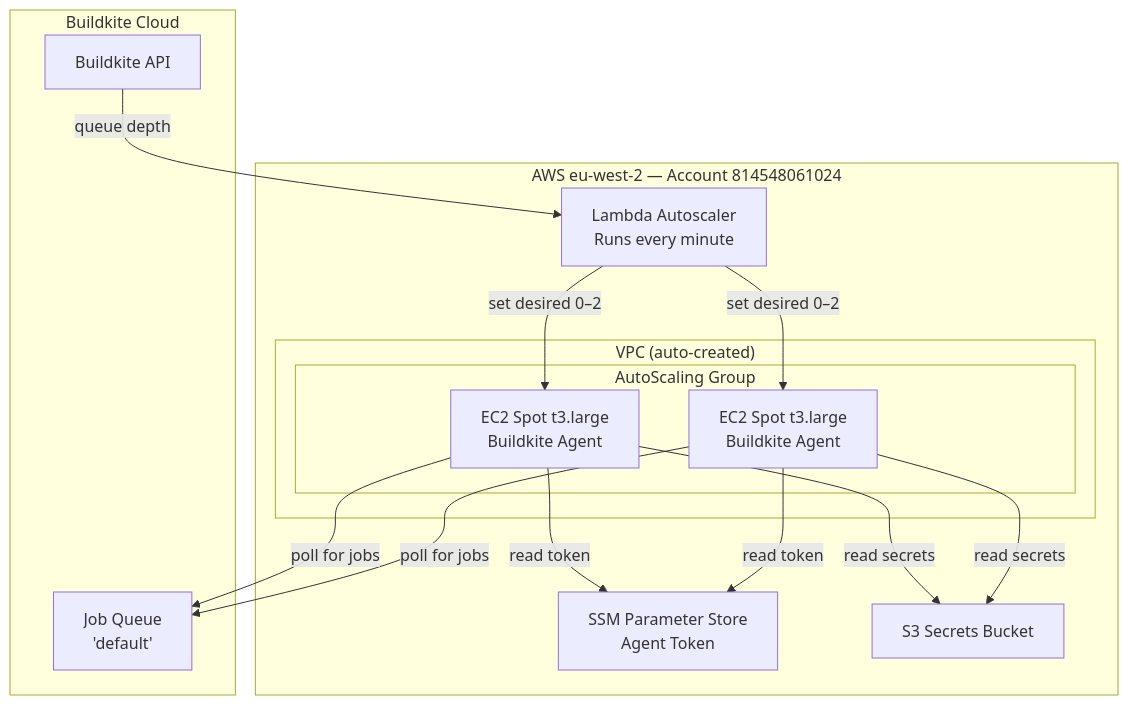
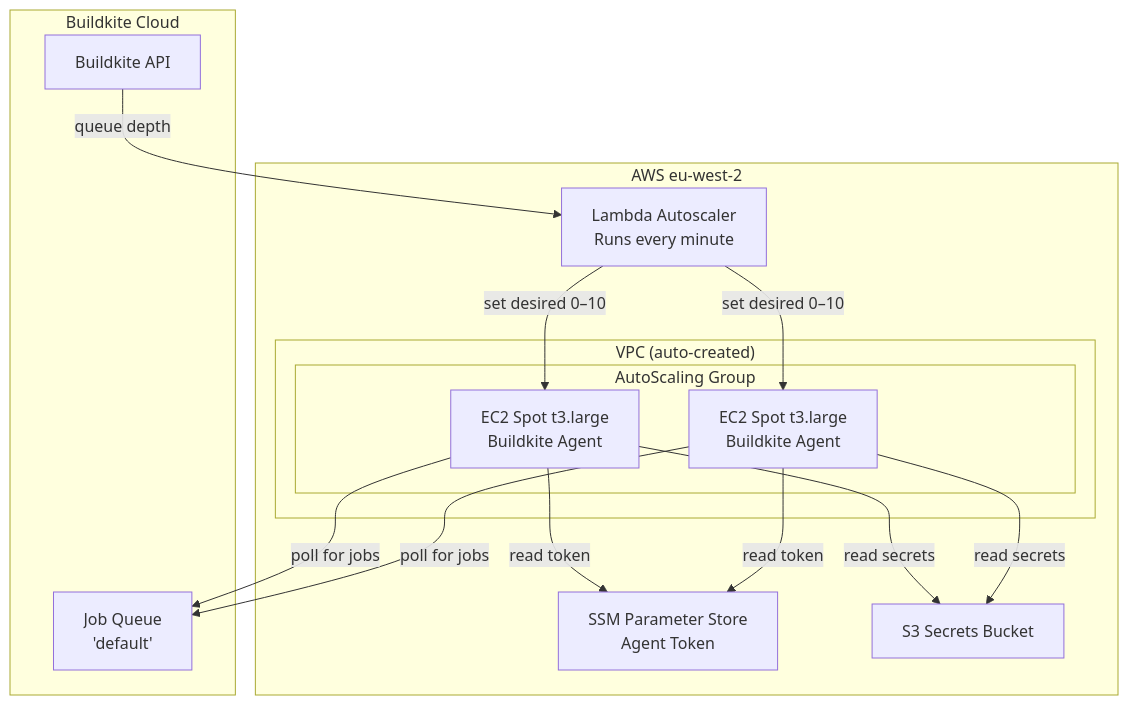
One commit to mock-server/mockserver changed the first of 3 diagrams in terraform/buildkite-agents/README.md. Above: the diagram before and after it, drawn with Mermaid. The commit also changed other lines of this file and 14 other files, not shown here.

````diff
--- a/terraform/buildkite-agents/README.md
+++ b/terraform/buildkite-agents/README.md
@@ -7,25 +7,25 @@
 ```mermaid
 flowchart TB
     subgraph "Buildkite Cloud"
         BK_API[Buildkite API]
         BK_QUEUE[Job Queue<br/>'default']
     end
 
-    subgraph "AWS eu-west-2 — Account 814548061024"
+    subgraph "AWS eu-west-2"
         subgraph "VPC (auto-created)"
             subgraph "AutoScaling Group"
                 EC2_1[EC2 Spot t3.large<br/>Buildkite Agent]
                 EC2_2[EC2 Spot t3.large<br/>Buildkite Agent]
             end
         end
         SCALER[Lambda Autoscaler<br/>Runs every minute]
         SSM[SSM Parameter Store<br/>Agent Token]
         S3_SECRETS[S3 Secrets Bucket]
     end
 
     BK_API -->|queue depth| SCALER
-    SCALER -->|set desired 0–2| EC2_1 & EC2_2
+    SCALER -->|set desired 0–10| EC2_1 & EC2_2
     EC2_1 & EC2_2 -->|poll for jobs| BK_QUEUE
     EC2_1 & EC2_2 -->|read token| SSM
     EC2_1 & EC2_2 -->|read secrets| S3_SECRETS
 ```
````
